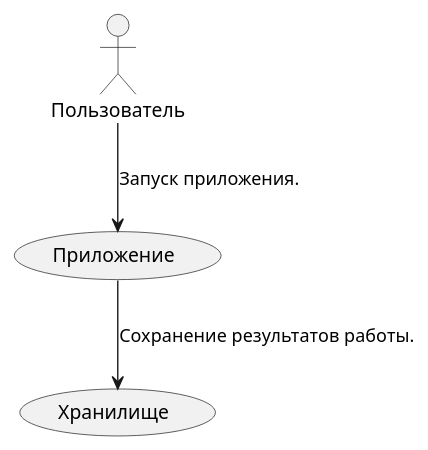
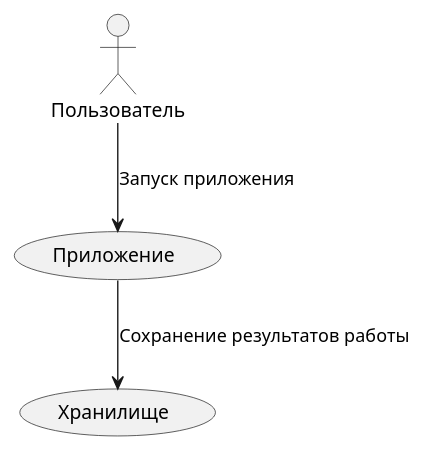
The diagram in Plant/Диаграмма_вариантов_использования_UseCase.md (Aleksei-web-bit/Aleksei_Fitisov_methodology), drawn with PlantUML before and after one commit.

Commit message:
Приложение и хранилище сделаны действиями

```diff
--- a/Plant/Диаграмма_вариантов_использования_UseCase.md
+++ b/Plant/Диаграмма_вариантов_использования_UseCase.md
@@ -1,15 +1,12 @@
 @startuml
 
 
 :Пользователь: as П
 
-(Приложение) as (Пр)
 
-(Хранилище) as (Х)
+П --> (Приложение): Запуск приложения
 
-
-П --> (Пр): Запуск приложения.
-Пр --> (Х): Сохранение результатов работы.
+(Приложение) --> (Хранилище): Сохранение результатов работы
 
 
 @enduml
```
